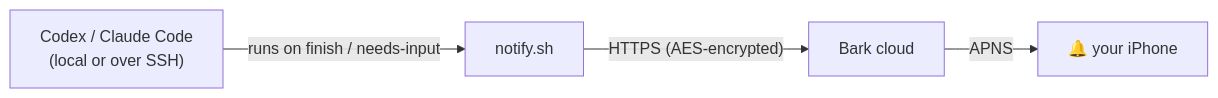
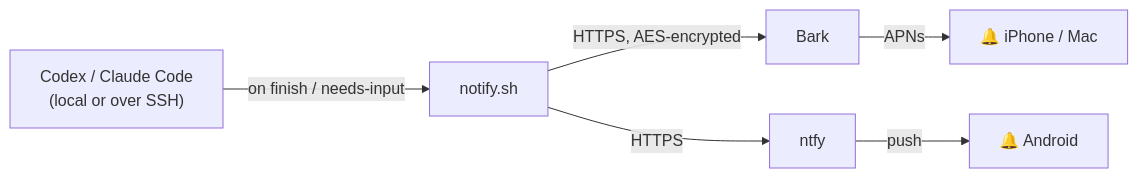
The diagram in README.md (jonthnoz/agent-push), drawn with Mermaid before and after one commit. The commit also changed other lines of this file and 3 other files, not shown here.

Commit message:
Add Android support via ntfy backend (dual-send with Bark; bash 3.2 safe)

````diff
--- a/README.md
+++ b/README.md
@@ -11,6 +13,6 @@
 ```mermaid
 flowchart LR
-  A["Codex / Claude Code<br/>(local or over SSH)"] -->|runs on finish / needs-input| B["notify.sh"]
-  B -->|"HTTPS (AES-encrypted)"| C["Bark cloud"]
-  C -->|APNS| D["🔔 your iPhone"]
+  A["Codex / Claude Code<br/>(local or over SSH)"] -->|on finish / needs-input| B["notify.sh"]
+  B -->|"HTTPS, AES-encrypted"| C["Bark"] -->|APNs| D["🔔 iPhone / Mac"]
+  B -->|HTTPS| E["ntfy"] -->|push| F["🔔 Android"]
 ```
````
